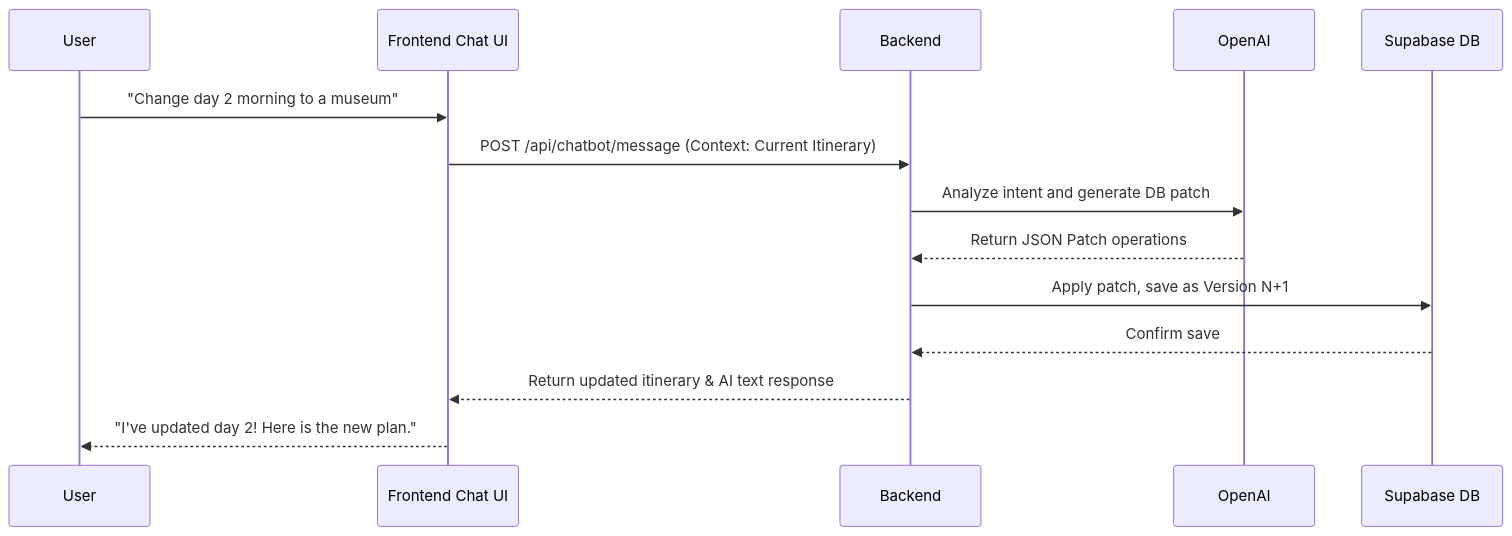
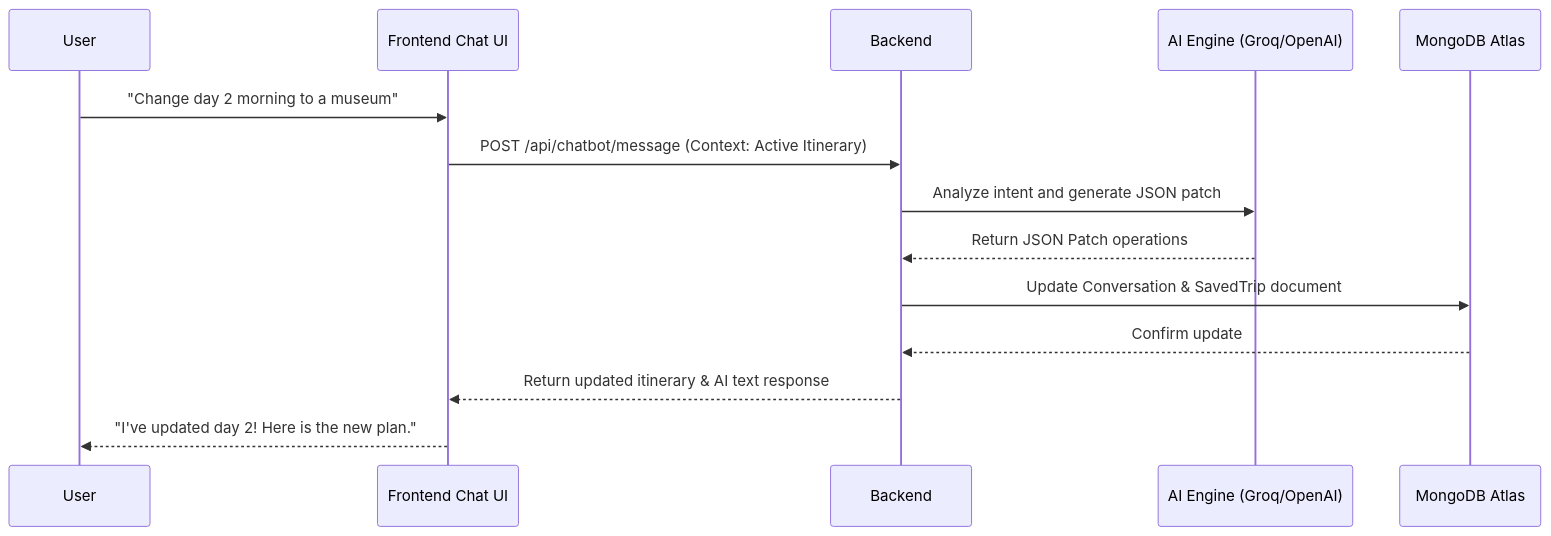
One commit to Jiyathakurrr/TravelGenie changed the fourth of 4 diagrams in ARCHITECTURE.md. Above: the diagram before and after it, drawn with Mermaid. The commit also changed other lines of this file and 13 other files, not shown here.

Commit message:
docs: update system architecture & schema documentation for MongoDB Atlas + Cloudinary setup

````diff
--- a/ARCHITECTURE.md
+++ b/ARCHITECTURE.md
@@ -59,17 +80,17 @@
 ```mermaid
 sequenceDiagram
     participant User
     participant Chatbot as Frontend Chat UI
     participant Express as Backend
-    participant OpenAI
-    participant DB as Supabase DB
+    participant AI as AI Engine (Groq/OpenAI)
+    participant DB as MongoDB Atlas
 
     User->>Chatbot: "Change day 2 morning to a museum"
-    Chatbot->>Express: POST /api/chatbot/message (Context: Current Itinerary)
-    Express->>OpenAI: Analyze intent and generate DB patch
-    OpenAI-->>Express: Return JSON Patch operations
-    Express->>DB: Apply patch, save as Version N+1
-    DB-->>Express: Confirm save
+    Chatbot->>Express: POST /api/chatbot/message (Context: Active Itinerary)
+    Express->>AI: Analyze intent and generate JSON patch
+    AI-->>Express: Return JSON Patch operations
+    Express->>DB: Update Conversation & SavedTrip document
+    DB-->>Express: Confirm update
     Express-->>Chatbot: Return updated itinerary & AI text response
     Chatbot-->>User: "I've updated day 2! Here is the new plan."
 ```
````
